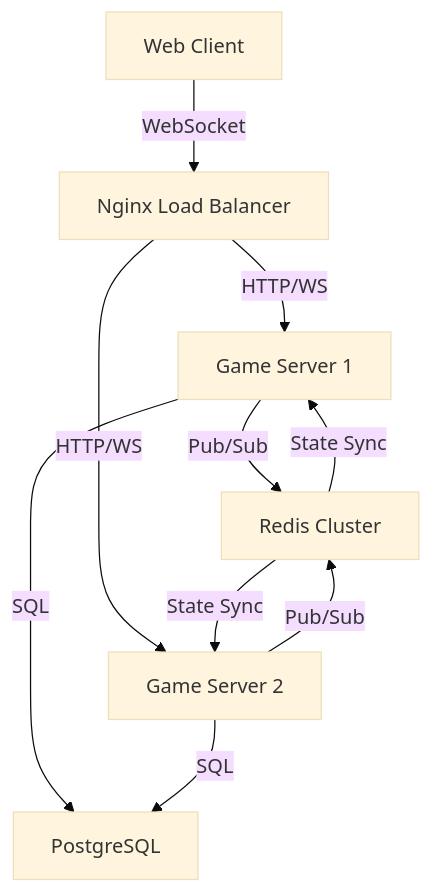
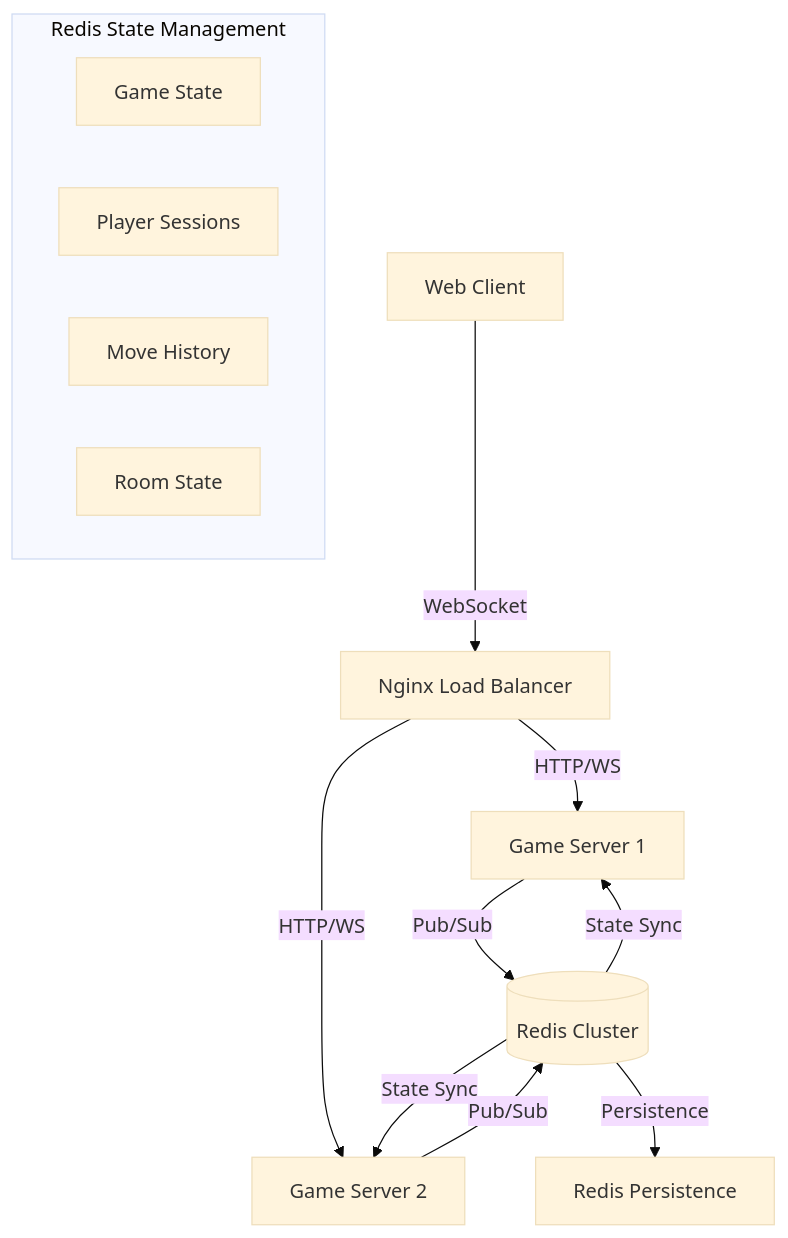
One commit to vcb88/ctorgame changed the diagram in README.md. Above: the diagram before and after it, drawn with Mermaid (base theme). The commit also changed other lines of this file, not shown here.

First line of the commit message:
docs: update documentation for Redis-only architecture

````diff
--- a/README.md
+++ b/README.md
@@ -72,12 +71,18 @@
 ```mermaid
 graph TD
     Client[Web Client] -->|WebSocket| LoadBalancer[Nginx Load Balancer]
     LoadBalancer -->|HTTP/WS| Server1[Game Server 1]
     LoadBalancer -->|HTTP/WS| Server2[Game Server 2]
-    Server1 -->|Pub/Sub| Redis[Redis Cluster]
+    Server1 -->|Pub/Sub| Redis[(Redis Cluster)]
     Server2 -->|Pub/Sub| Redis
-    Server1 -->|SQL| DB[PostgreSQL]
-    Server2 -->|SQL| DB
     Redis -->|State Sync| Server1
     Redis -->|State Sync| Server2
+    Redis -->|Persistence| Storage[Redis Persistence]
+    
+    subgraph Redis State Management
+        GameState[Game State]
+        PlayerSessions[Player Sessions]
+        MoveHistory[Move History]
+        RoomState[Room State]
+    end
 ```
````
